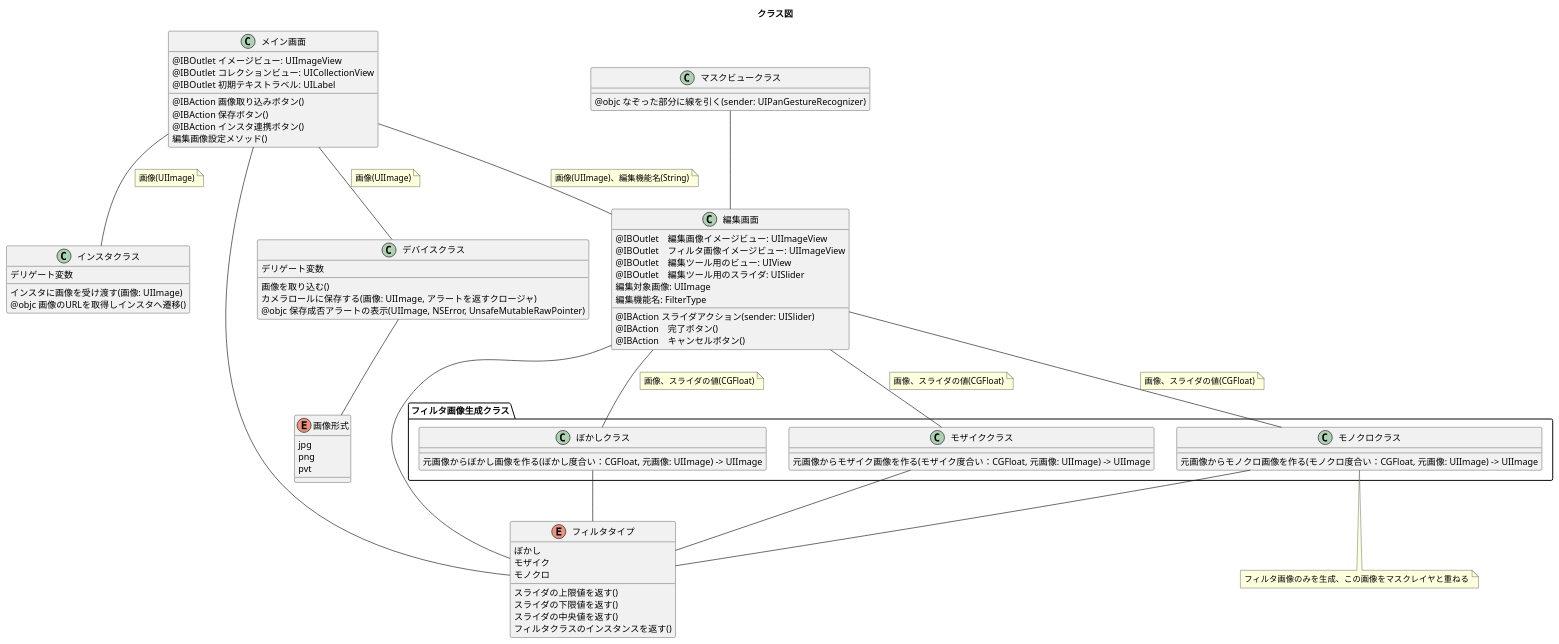
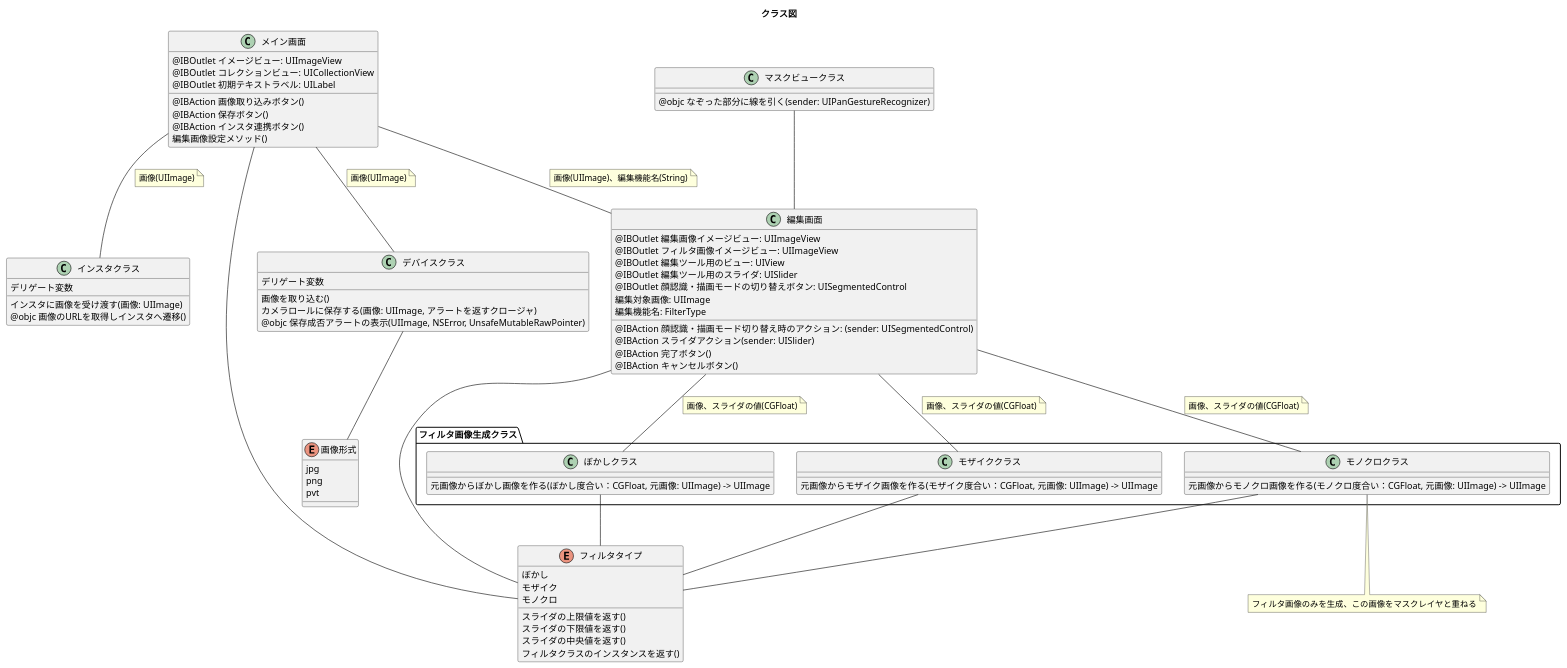
The diagram in InstaExt/docs/クラス図.plantuml (saganoH/InstaExt), drawn with PlantUML before and after one commit.

Commit message:
[task] card_212 ver1.1のクラス図・シナリオ追加
* クラス図更新(途中)

```diff
--- a/InstaExt/docs/クラス図.plantuml
+++ b/InstaExt/docs/クラス図.plantuml
@@ -1,115 +1,117 @@
 @startuml
 title "クラス図"
 
 class  メイン画面{
   @IBOutlet イメージビュー: UIImageView
   @IBOutlet コレクションビュー: UICollectionView
   @IBOutlet 初期テキストラベル: UILabel
   @IBAction 画像取り込みボタン()
   @IBAction 保存ボタン()
   @IBAction インスタ連携ボタン()
   編集画像設定メソッド()
 }
 
 class  編集画面{
-  @IBOutlet　編集画像イメージビュー: UIImageView
-  @IBOutlet　フィルタ画像イメージビュー: UIImageView
-  @IBOutlet　編集ツール用のビュー: UIView
-  @IBOutlet　編集ツール用のスライダ: UISlider
+  @IBOutlet 編集画像イメージビュー: UIImageView
+  @IBOutlet フィルタ画像イメージビュー: UIImageView
+  @IBOutlet 編集ツール用のビュー: UIView
+  @IBOutlet 編集ツール用のスライダ: UISlider
+  @IBOutlet 顔認識・描画モードの切り替えボタン: UISegmentedControl
   編集対象画像: UIImage
   編集機能名: FilterType
+  @IBAction 顔認識・描画モード切り替え時のアクション: (sender: UISegmentedControl)
   @IBAction スライダアクション(sender: UISlider)
-  @IBAction　完了ボタン()
-  @IBAction　キャンセルボタン()
+  @IBAction 完了ボタン()
+  @IBAction キャンセルボタン()
 }
 
 class マスクビュークラス{
   @objc なぞった部分に線を引く(sender: UIPanGestureRecognizer)
 }
 
 class デバイスクラス{
   デリゲート変数
   画像を取り込む()
   カメラロールに保存する(画像: UIImage, アラートを返すクロージャ)
   @objc 保存成否アラートの表示(UIImage, NSError, UnsafeMutableRawPointer)
 }
 
 class インスタクラス{
   デリゲート変数
   インスタに画像を受け渡す(画像: UIImage)
   @objc 画像のURLを取得しインスタへ遷移()
 }
 
 enum フィルタタイプ {
   ぼかし
   モザイク
   モノクロ
   スライダの上限値を返す()
   スライダの下限値を返す()
   スライダの中央値を返す()
   フィルタクラスのインスタンスを返す()
 }
 
 enum 画像形式 {
   jpg
   png
   pvt
 }
 
 package フィルタ画像生成クラス {
 class ぼかしクラス{
   元画像からぼかし画像を作る(ぼかし度合い：CGFloat, 元画像: UIImage) -> UIImage
 }
 
 class モザイククラス{
   元画像からモザイク画像を作る(モザイク度合い：CGFloat, 元画像: UIImage) -> UIImage
 }
 
 class モノクロクラス{
   元画像からモノクロ画像を作る(モノクロ度合い：CGFloat, 元画像: UIImage) -> UIImage
 }
 }
 note bottom
   フィルタ画像のみを生成、この画像をマスクレイヤと重ねる
 end note
 
 メイン画面--編集画面
 note left on link
   画像(UIImage)、編集機能名(String)
 end note
 
 メイン画面--デバイスクラス
 note left on link
   画像(UIImage)
 end note
 
 メイン画面--インスタクラス
 note left on link
   画像(UIImage)
 end note
 
 マスクビュークラス--編集画面
 
 編集画面--ぼかしクラス
 note left on link
   画像、スライダの値(CGFloat)
 end note
 
 編集画面--モザイククラス
 note left on link
   画像、スライダの値(CGFloat)
 end note
 
 編集画面--モノクロクラス
 note left on link
   画像、スライダの値(CGFloat)
 end note
 
 デバイスクラス--画像形式
 メイン画面--フィルタタイプ
 編集画面--フィルタタイプ
 ぼかしクラス--フィルタタイプ
 モザイククラス--フィルタタイプ
 モノクロクラス--フィルタタイプ
 
 @enduml
```
